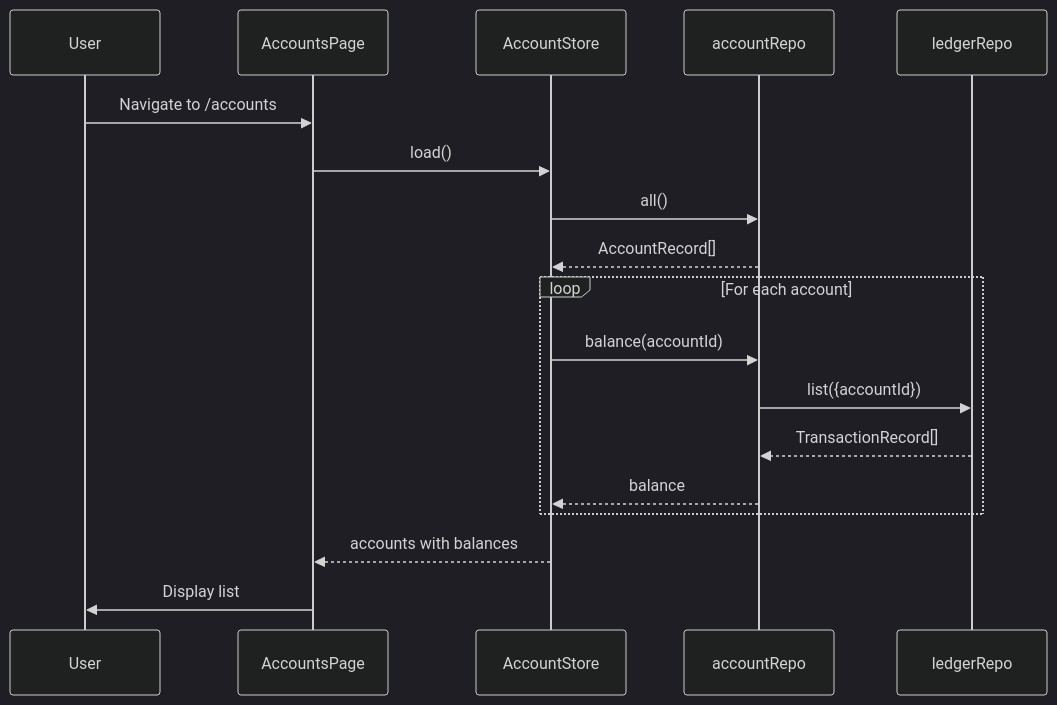
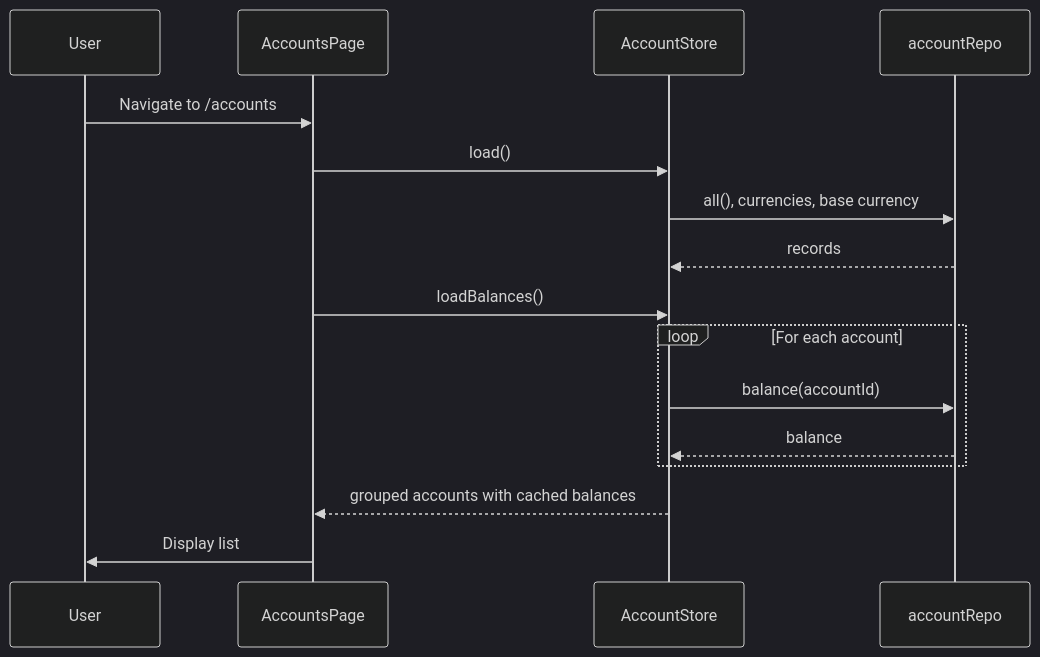
The fourth of 4 diagrams in openspec/changes/account-management-surfaces/design.md (gjchentw/mmex-pwa), drawn with Mermaid (dark theme) before and after one commit. The commit also changed other lines of this file and 18 other files, not shown here.

````diff
--- a/openspec/changes/account-management-surfaces/design.md
+++ b/openspec/changes/account-management-surfaces/design.md
@@ -139,21 +188,18 @@
 ```mermaid
 sequenceDiagram
     participant User
     participant AccountsPage
     participant AccountStore
     participant accountRepo
-    participant ledgerRepo
-    
     User->>AccountsPage: Navigate to /accounts
     AccountsPage->>AccountStore: load()
-    AccountStore->>accountRepo: all()
-    accountRepo-->>AccountStore: AccountRecord[]
+    AccountStore->>accountRepo: all(), currencies, base currency
+    accountRepo-->>AccountStore: records
+    AccountsPage->>AccountStore: loadBalances()
     loop For each account
         AccountStore->>accountRepo: balance(accountId)
-        accountRepo->>ledgerRepo: list({accountId})
-        ledgerRepo-->>accountRepo: TransactionRecord[]
         accountRepo-->>AccountStore: balance
     end
-    AccountStore-->>AccountsPage: accounts with balances
+    AccountStore-->>AccountsPage: grouped accounts with cached balances
     AccountsPage->>User: Display list
 ```
````
